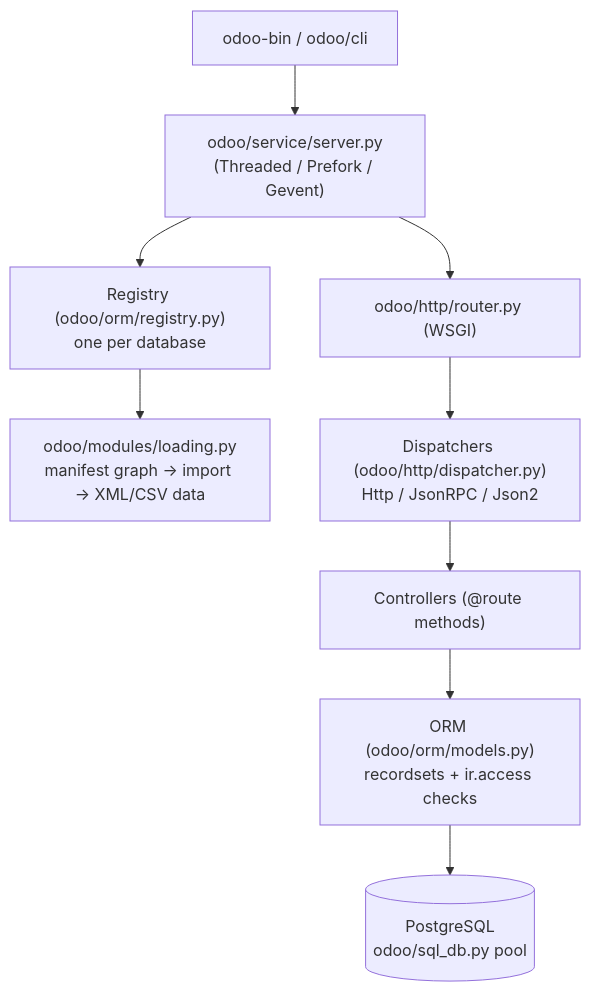
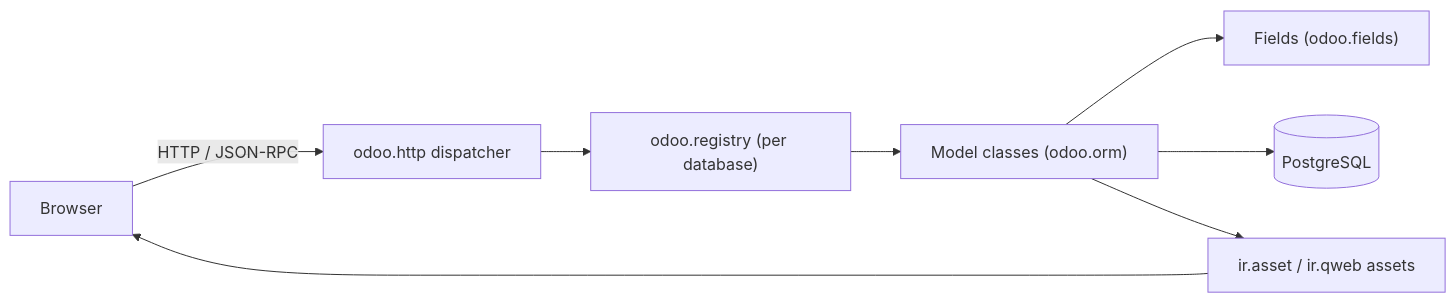
The first of 2 diagrams in droid-wiki/overview/architecture.md (blitzy-public-samples/odoo), drawn with Mermaid before and after one commit. The commit also changed other lines of this file and 78 other files, not shown here.

````diff
--- a/droid-wiki/overview/architecture.md
+++ b/droid-wiki/overview/architecture.md
@@ -9,11 +9,10 @@
 ```mermaid
-graph TD
-    CLI["odoo-bin / odoo/cli"] --> SRV["odoo/service/server.py<br/>(Threaded / Prefork / Gevent)"]
-    SRV --> REG["Registry (odoo/orm/registry.py)<br/>one per database"]
-    REG --> LOAD["odoo/modules/loading.py<br/>manifest graph → import → XML/CSV data"]
-    SRV --> HTTP["odoo/http/router.py (WSGI)"]
-    HTTP --> DISP["Dispatchers (odoo/http/dispatcher.py)<br/>Http / JsonRPC / Json2"]
-    DISP --> CTRL["Controllers (@route methods)"]
-    CTRL --> ORM["ORM (odoo/orm/models.py)<br/>recordsets + ir.access checks"]
-    ORM --> PG[("PostgreSQL<br/>odoo/sql_db.py pool")]
+graph LR
+    Browser -->|HTTP / JSON-RPC| odoohttp["odoo.http dispatcher"]
+    odoohttp --> Registry["odoo.registry (per database)"]
+    Registry --> Model["Model classes (odoo.orm)"]
+    Model --> Fields["Fields (odoo.fields)"]
+    Model --> PG[(PostgreSQL)]
+    Model --> Assets["ir.asset / ir.qweb assets"]
+    Assets --> Browser
 ```
````
